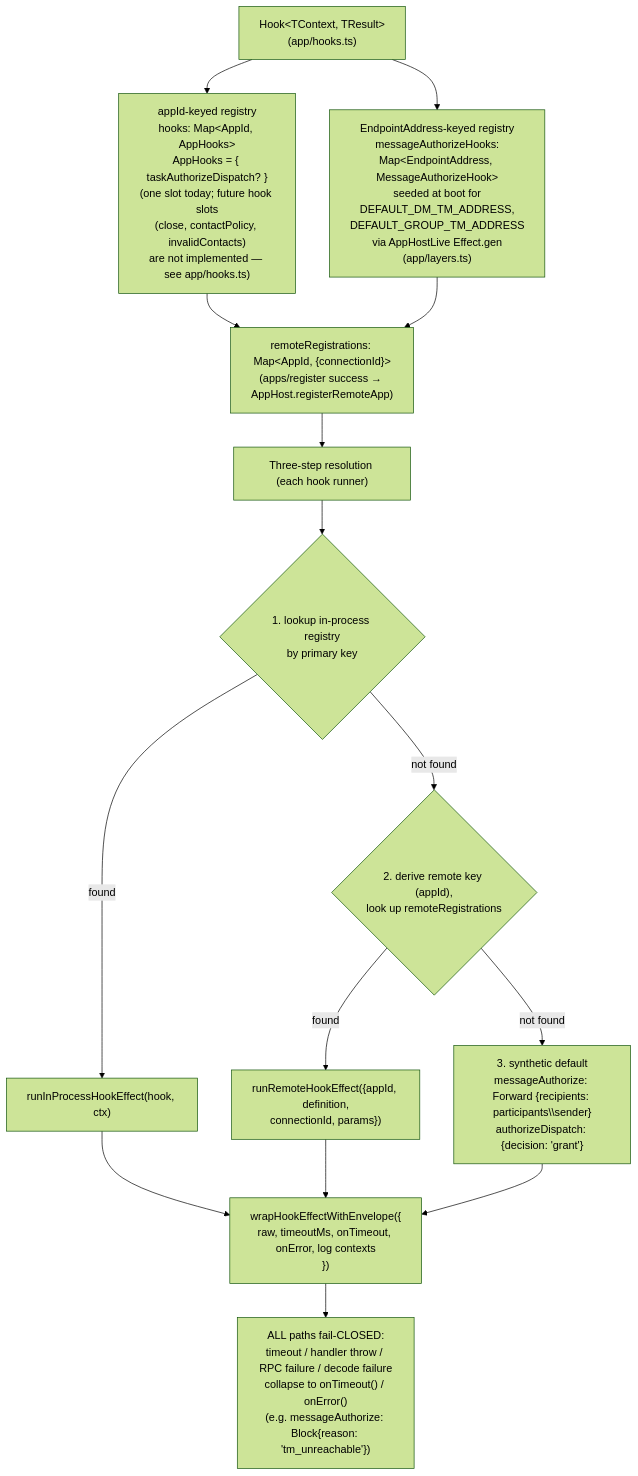
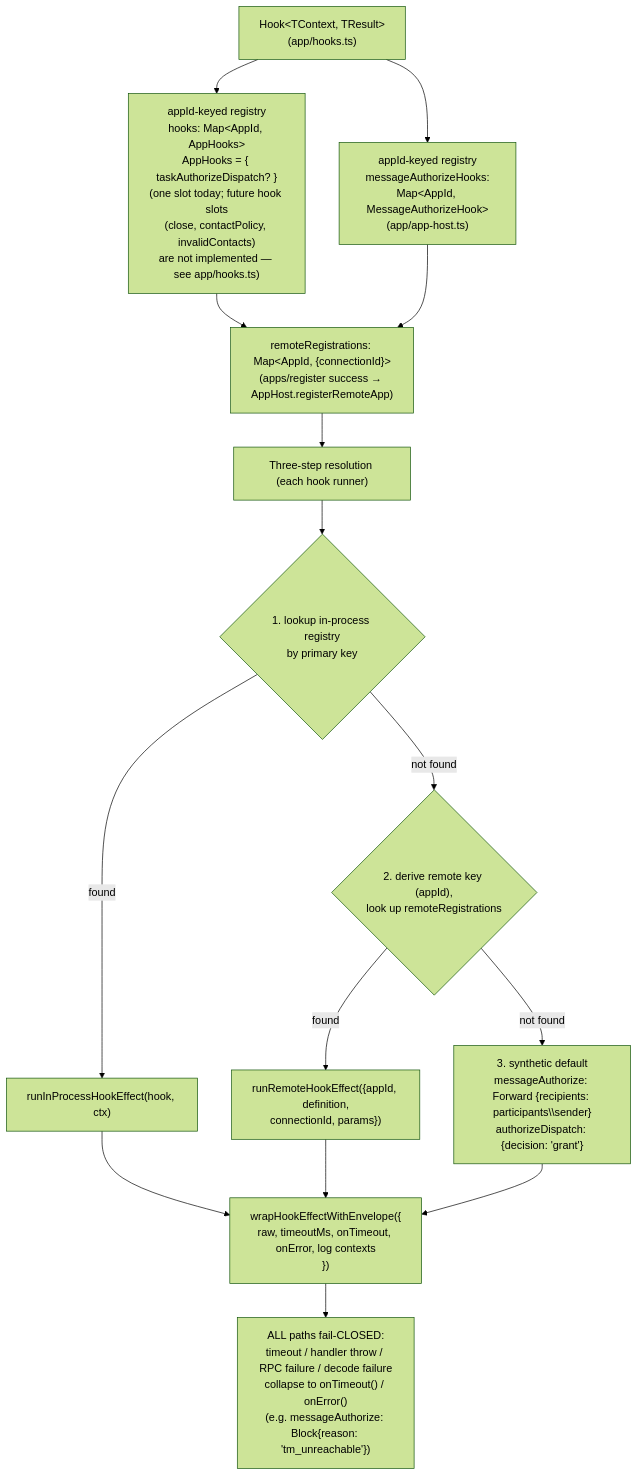
Before and after one commit to chughtapan/moltzap: the diagram in packages/server/docs/architecture/app-host-hook-unification.md, drawn with Mermaid (forest theme). The commit also changed 27 other files, not shown here.

````diff
--- a/packages/server/docs/architecture/app-host-hook-unification.md
+++ b/packages/server/docs/architecture/app-host-hook-unification.md
@@ -9,25 +9,25 @@
 ```mermaid
 flowchart TD
     Hook["Hook&lt;TContext, TResult&gt;<br/>(app/hooks.ts)"]
 
     Hook --> RegA["appId-keyed registry<br/>hooks: Map&lt;AppId, AppHooks&gt;<br/>AppHooks = { taskAuthorizeDispatch? }<br/>(one slot today; future hook slots<br/>(close, contactPolicy, invalidContacts)<br/>are not implemented — see app/hooks.ts)"]
 
-    Hook --> RegB["EndpointAddress-keyed registry<br/>messageAuthorizeHooks:<br/>Map&lt;EndpointAddress, MessageAuthorizeHook&gt;<br/>seeded at boot for<br/>DEFAULT_DM_TM_ADDRESS,<br/>DEFAULT_GROUP_TM_ADDRESS<br/>via AppHostLive Effect.gen<br/>(app/layers.ts)"]
+    Hook --> RegB["appId-keyed registry<br/>messageAuthorizeHooks:<br/>Map&lt;AppId, MessageAuthorizeHook&gt;<br/>(app/app-host.ts)"]
 
     RegA --> Remote["remoteRegistrations: Map&lt;AppId, {connectionId}&gt;<br/>(apps/register success → AppHost.registerRemoteApp)"]
     RegB --> Remote
 
     Remote --> Resolve["Three-step resolution (each hook runner)"]
 
     Resolve --> Step1{"1. lookup in-process registry<br/>by primary key"}
     Step1 -->|"found"| IP["runInProcessHookEffect(hook, ctx)"]
     Step1 -->|"not found"| Step2{"2. derive remote key (appId),<br/>look up remoteRegistrations"}
     Step2 -->|"found"| RP["runRemoteHookEffect({appId, definition,<br/>connectionId, params})"]
     Step2 -->|"not found"| Step3["3. synthetic default<br/>messageAuthorize: Forward {recipients: participants\\sender}<br/>authorizeDispatch: {decision: 'grant'}"]
 
     IP --> Envelope["wrapHookEffectWithEnvelope({<br/>raw, timeoutMs, onTimeout, onError, log contexts<br/>})"]
     RP --> Envelope
     Step3 --> Envelope
 
     Envelope --> FailClosed["ALL paths fail-CLOSED:<br/>timeout / handler throw / RPC failure / decode failure<br/>collapse to onTimeout() / onError()<br/>(e.g. messageAuthorize: Block{reason: 'tm_unreachable'})"]
 ```
````
